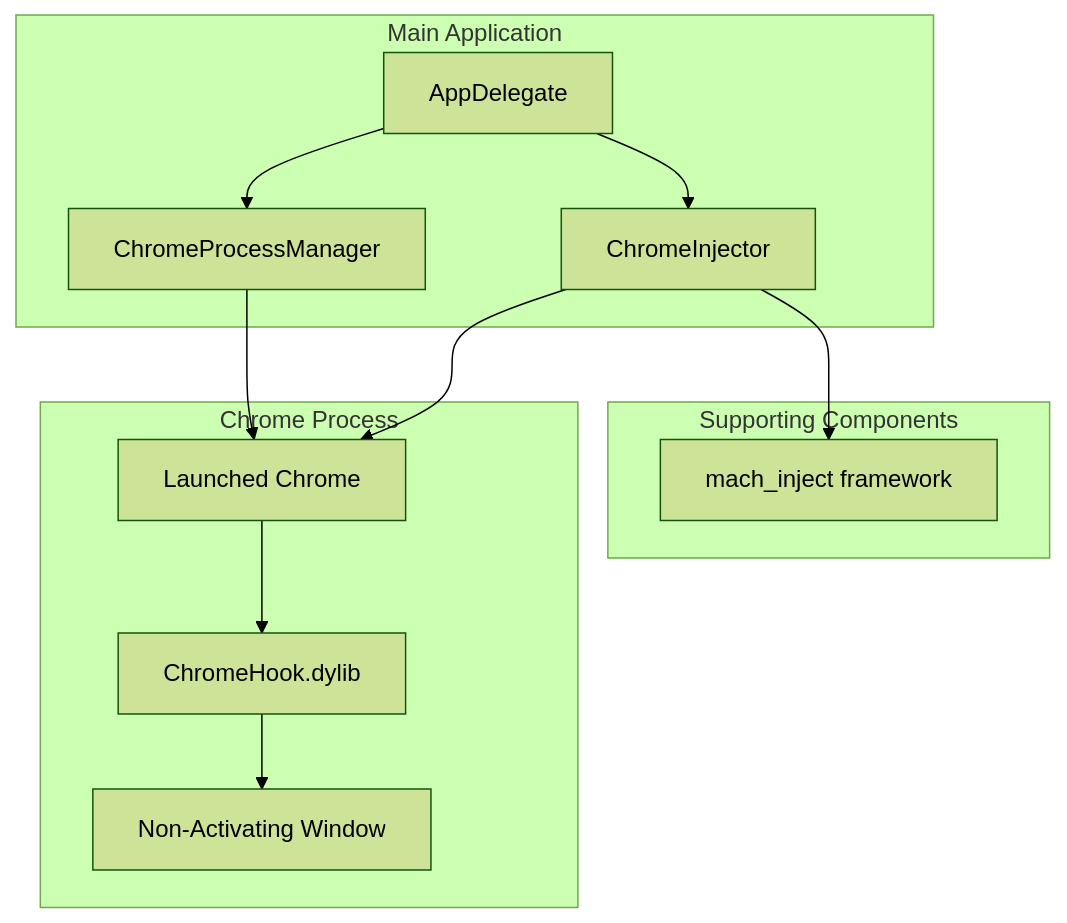
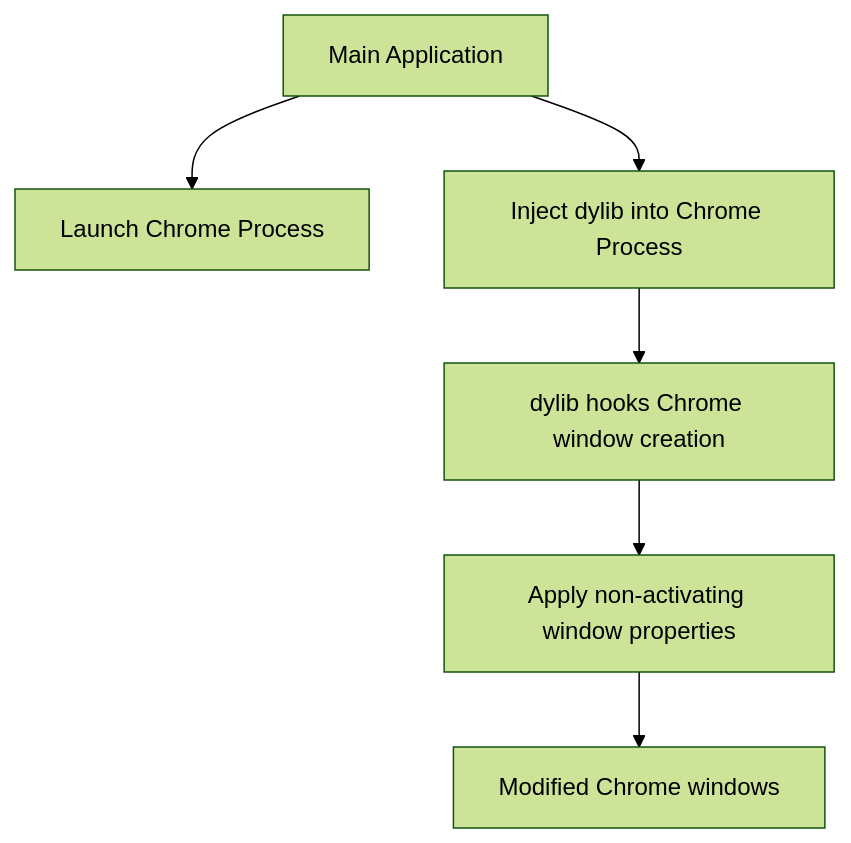
One commit to ohio0987654321/NonActivating-Window-Demo changed the diagram in PLAN.md. Above: the diagram before and after it, drawn with Mermaid (forest theme). The commit also changed other lines of this file, not shown here.

````diff
--- a/PLAN.md
+++ b/PLAN.md
@@ -395,19 +14,8 @@
 ```mermaid
 graph TD
-    subgraph "Main Application"
-    A[AppDelegate] --> B[ChromeProcessManager]
-    A --> C[ChromeInjector]
-    end
-    
-    subgraph "Chrome Process"
-    B --> D[Launched Chrome]
-    C --> D
-    D --> E[ChromeHook.dylib]
-    E --> F[Non-Activating Window]
-    end
-    
-    subgraph "Supporting Components"
-    G[mach_inject framework]
-    C --> G
-    end
+    A[Main Application] --> B[Launch Chrome Process]
+    A --> C[Inject dylib into Chrome Process]
+    C --> D[dylib hooks Chrome window creation]
+    D --> E[Apply non-activating window properties]
+    E --> F[Modified Chrome windows]
 ```
````
